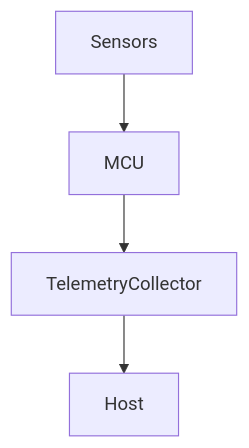
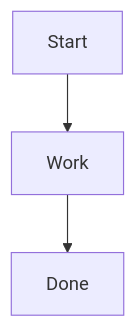
The diagram in docs/telemetry.md (ch0t4nk/stm32h753zi), drawn with Mermaid before and after one commit. The commit also changed other lines of this file and 52 other files, not shown here.

````diff
--- a/docs/telemetry.md
+++ b/docs/telemetry.md
@@ -9,4 +14,5 @@
 ```mermaid
 flowchart TD
-  Sensors --> MCU --> TelemetryCollector --> Host
+  A[Start] --> B[Work]
+  B --> C[Done]
 ```
````
